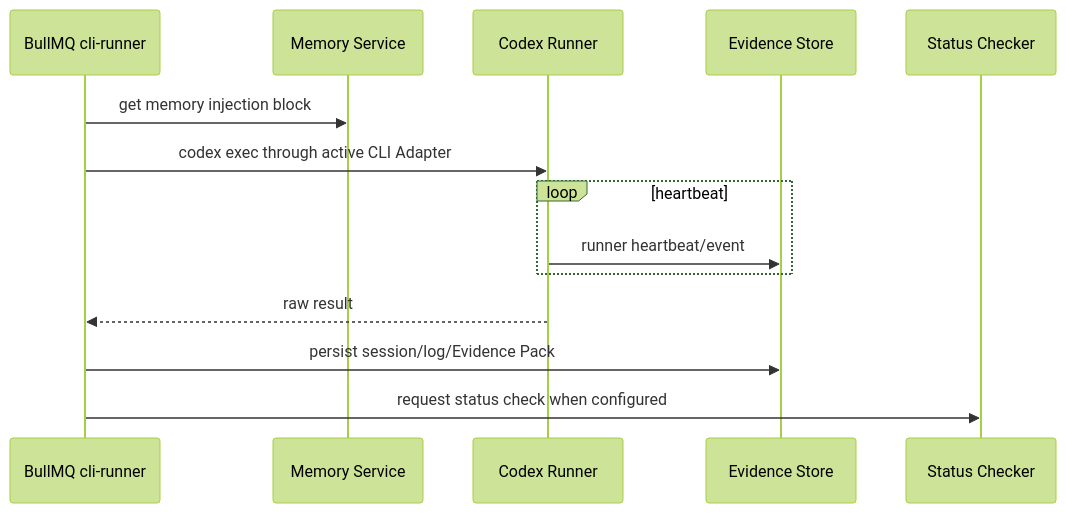
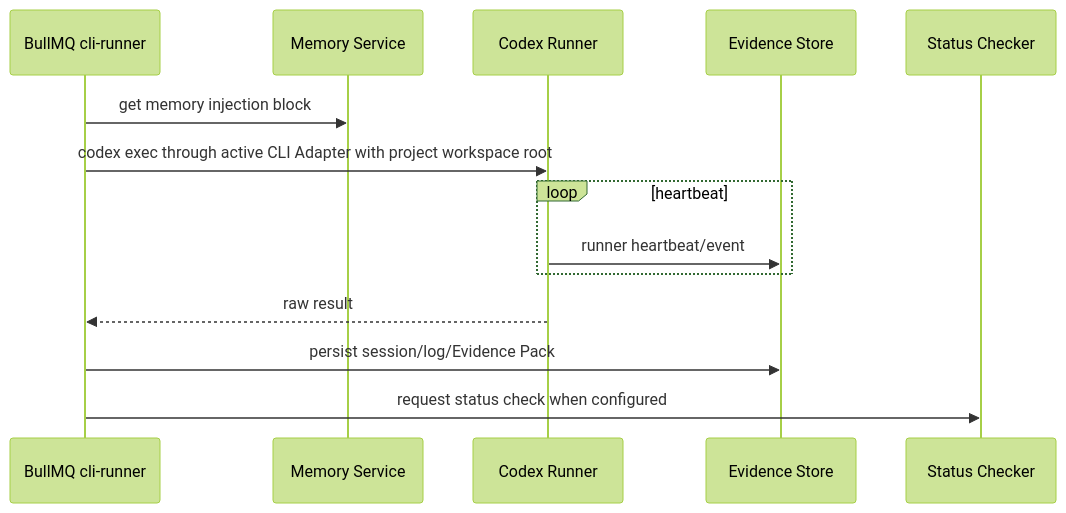
One commit to songcojp/Spec-Driven-Autonomous-Coding-System changed the sixth of 13 diagrams in docs/zh-CN/design.md. Above: the diagram before and after it, drawn with Mermaid (forest theme). The commit also changed other lines of this file and 23 other files, not shown here.

Commit message:
feat: add workspace-aware codex skill bridge

````diff
--- a/docs/zh-CN/design.md
+++ b/docs/zh-CN/design.md
@@ -1209,17 +1211,17 @@
 ```mermaid
 sequenceDiagram
   participant Q as BullMQ cli-runner
   participant M as Memory Service
   participant C as Codex Runner
   participant E as Evidence Store
   participant SC as Status Checker
 
   Q->>M: get memory injection block
-  Q->>C: codex exec through active CLI Adapter
+  Q->>C: codex exec through active CLI Adapter with project workspace root
   loop heartbeat
     C->>E: runner heartbeat/event
   end
   C-->>Q: raw result
   Q->>E: persist session/log/Evidence Pack
   Q->>SC: request status check when configured
 ```
````
